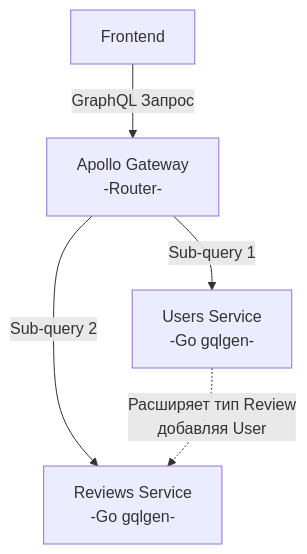
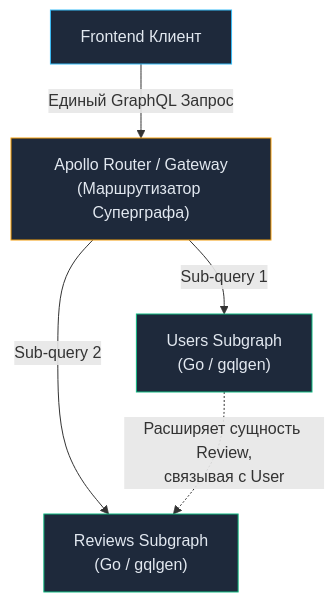
One commit to UnrealTemplier/go-textbook changed the second of 2 diagrams in sources/10. Проектирование API и Сетевые протоколы/21. Когда использовать GraphQL.md. Above: the diagram before and after it, drawn with Mermaid. The commit also changed other lines of this file, not shown here.

````diff
--- a/sources/10. Проектирование API и Сетевые протоколы/21. Когда использовать GraphQL.md
+++ b/sources/10. Проектирование API и Сетевые протоколы/21. Когда использовать GraphQL.md
@@ -80,9 +124,16 @@
 ```mermaid
 flowchart TD
-    Client["Frontend"]-->|"GraphQL Запрос"| Gateway["Apollo Gateway<br>-Router-"]
+    Client["Frontend Клиент"] -->|"Единый GraphQL Запрос"| Gateway["Apollo Router / Gateway<br>(Маршрутизатор Суперграфа)"]
     
-    Gateway-->|"Sub-query 1"| Users["Users Service<br>-Go gqlgen-"]
-    Gateway-->|"Sub-query 2"| Reviews["Reviews Service<br>-Go gqlgen-"]
+    Gateway -->|"Sub-query 1"| Users["Users Subgraph<br>(Go / gqlgen)"]
+    Gateway -->|"Sub-query 2"| Reviews["Reviews Subgraph<br>(Go / gqlgen)"]
     
-    Users -.->|"Расширяет тип Review<br>добавляя User"| Reviews
+    Users -.->|"Расширяет сущность Review,<br>связывая с User"| Reviews
+
+    classDef cli fill:#1e293b,stroke:#38bdf8,stroke-width:1px,color:#e2e8f0;
+    classDef gw fill:#1e293b,stroke:#f59e0b,stroke-width:1px,color:#e2e8f0;
+    classDef srv fill:#1e293b,stroke:#10b981,stroke-width:1px,color:#e2e8f0;
+    class Client cli;
+    class Gateway gw;
+    class Users,Reviews srv;
 ```
````
